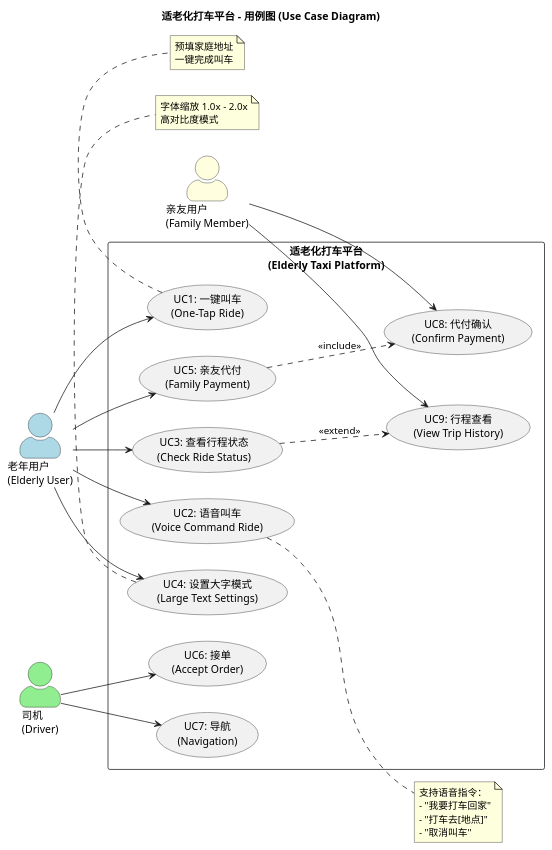
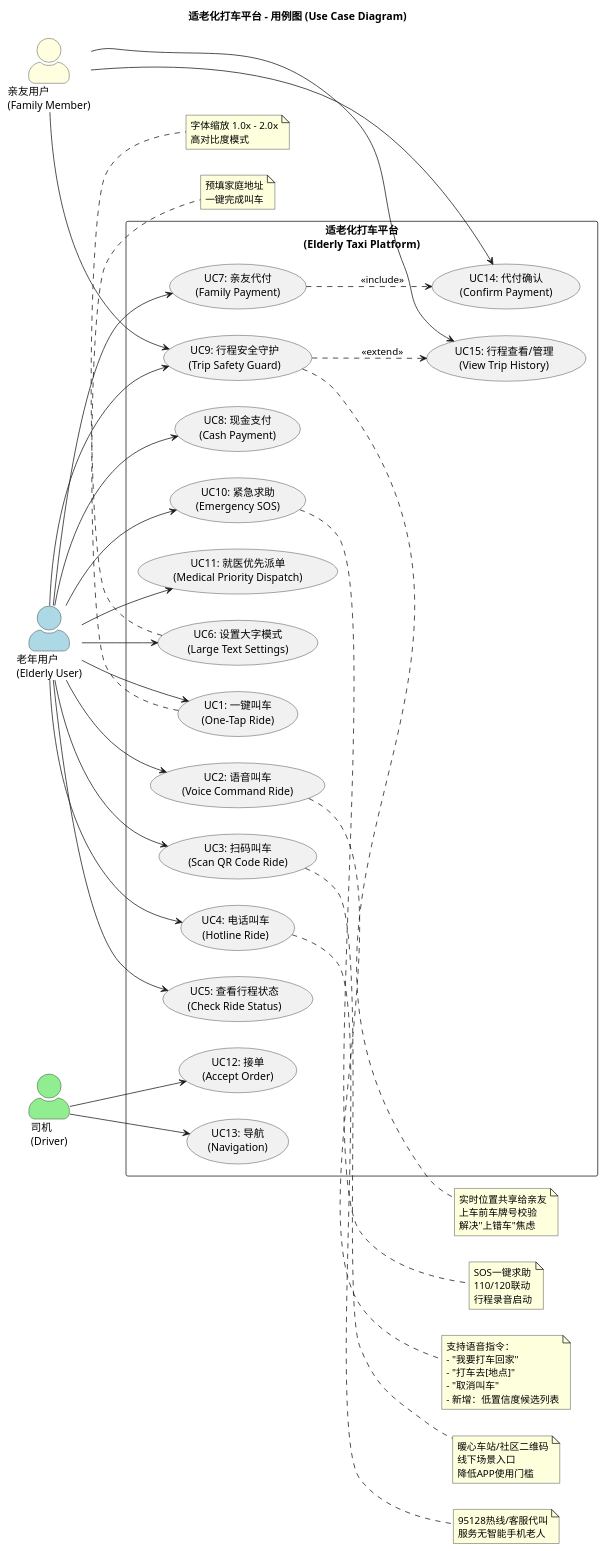
One commit to Crzblinder/react-native-elderly-access changed the diagram in uml-output/01-use-case.puml. Above: the diagram before and after it, drawn with PlantUML. The commit also changed 12 other files, not shown here.

```diff
--- a/uml-output/01-use-case.puml
+++ b/uml-output/01-use-case.puml
@@ -1,55 +1,92 @@
 @startuml
 left to right direction
 skinparam packageStyle rectangle
 skinparam actorStyle awesome
 
 title 适老化打车平台 - 用例图 (Use Case Diagram)
 
 actor "老年用户\n(Elderly User)" as Elderly #LightBlue
 actor "司机\n(Driver)" as Driver #LightGreen
 actor "亲友用户\n(Family Member)" as Family #LightYellow
 
 rectangle "适老化打车平台\n(Elderly Taxi Platform)" {
     usecase "UC1: 一键叫车\n(One-Tap Ride)" as UC1
     usecase "UC2: 语音叫车\n(Voice Command Ride)" as UC2
-    usecase "UC3: 查看行程状态\n(Check Ride Status)" as UC3
-    usecase "UC4: 设置大字模式\n(Large Text Settings)" as UC4
-    usecase "UC5: 亲友代付\n(Family Payment)" as UC5
-    usecase "UC6: 接单\n(Accept Order)" as UC6
-    usecase "UC7: 导航\n(Navigation)" as UC7
-    usecase "UC8: 代付确认\n(Confirm Payment)" as UC8
-    usecase "UC9: 行程查看\n(View Trip History)" as UC9
+    usecase "UC3: 扫码叫车\n(Scan QR Code Ride)" as UC3
+    usecase "UC4: 电话叫车\n(Hotline Ride)" as UC4
+    usecase "UC5: 查看行程状态\n(Check Ride Status)" as UC5
+    usecase "UC6: 设置大字模式\n(Large Text Settings)" as UC6
+    usecase "UC7: 亲友代付\n(Family Payment)" as UC7
+    usecase "UC8: 现金支付\n(Cash Payment)" as UC8
+    usecase "UC9: 行程安全守护\n(Trip Safety Guard)" as UC9
+    usecase "UC10: 紧急求助\n(Emergency SOS)" as UC10
+    usecase "UC11: 就医优先派单\n(Medical Priority Dispatch)" as UC11
+    usecase "UC12: 接单\n(Accept Order)" as UC12
+    usecase "UC13: 导航\n(Navigation)" as UC13
+    usecase "UC14: 代付确认\n(Confirm Payment)" as UC14
+    usecase "UC15: 行程查看/管理\n(View Trip History)" as UC15
 }
 
 Elderly --> UC1
 Elderly --> UC2
 Elderly --> UC3
 Elderly --> UC4
 Elderly --> UC5
+Elderly --> UC6
+Elderly --> UC7
+Elderly --> UC8
+Elderly --> UC9
+Elderly --> UC10
+Elderly --> UC11
 
-Driver --> UC6
-Driver --> UC7
+Driver --> UC12
+Driver --> UC13
 
-Family --> UC8
 Family --> UC9
+Family --> UC14
+Family --> UC15
 
-UC5 ..> UC8 : <<include>>
-UC3 ..> UC9 : <<extend>>
+UC7 ..> UC14 : <<include>>
+UC9 ..> UC15 : <<extend>>
 
 note right of UC2
   支持语音指令：
   - "我要打车回家"
   - "打车去[地点]"
   - "取消叫车"
+  - 新增：低置信度候选列表
 end note
 
-note bottom of UC4
+note right of UC3
+  暖心车站/社区二维码
+  线下场景入口
+  降低APP使用门槛
+end note
+
+note right of UC4
+  95128热线/客服代叫
+  服务无智能手机老人
+end note
+
+note bottom of UC6
   字体缩放 1.0x - 2.0x
   高对比度模式
 end note
 
 note bottom of UC1
   预填家庭地址
   一键完成叫车
 end note
+
+note right of UC9
+  实时位置共享给亲友
+  上车前车牌号校验
+  解决"上错车"焦虑
+end note
+
+note right of UC10
+  SOS一键求助
+  110/120联动
+  行程录音启动
+end note
 @enduml
```
